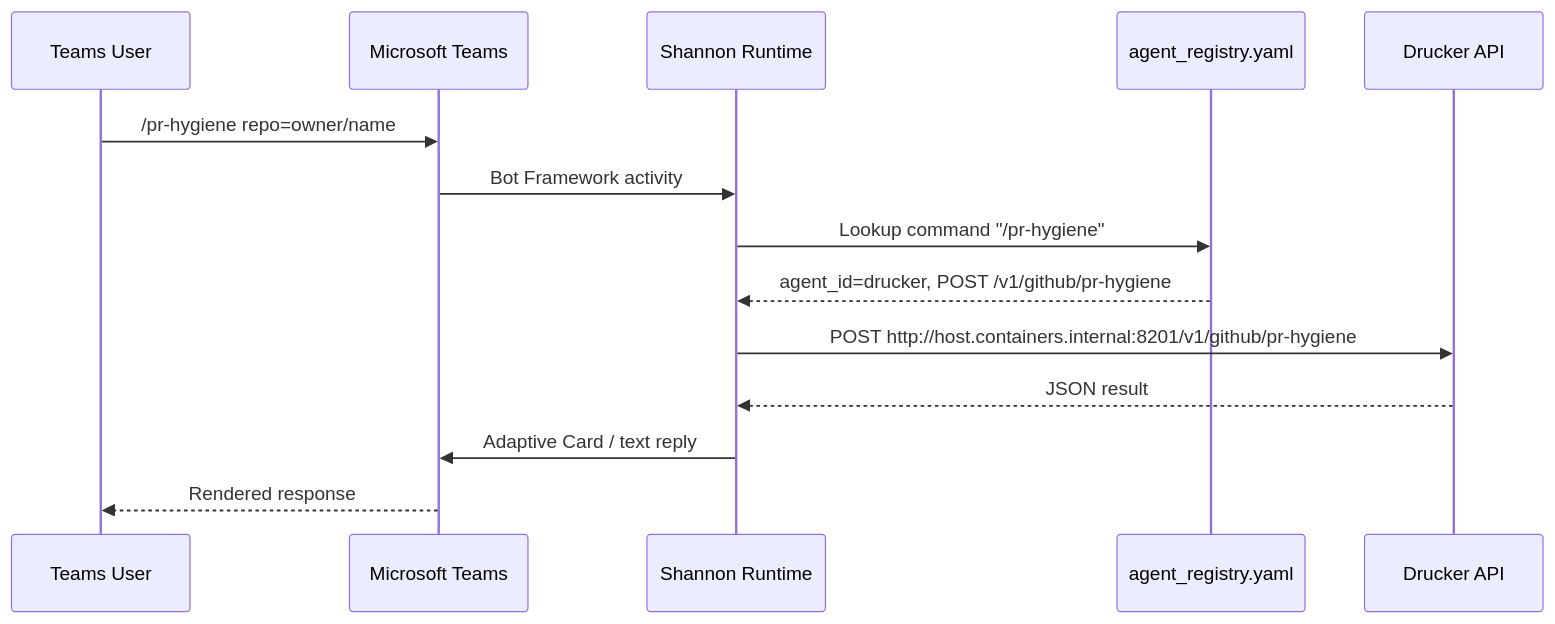
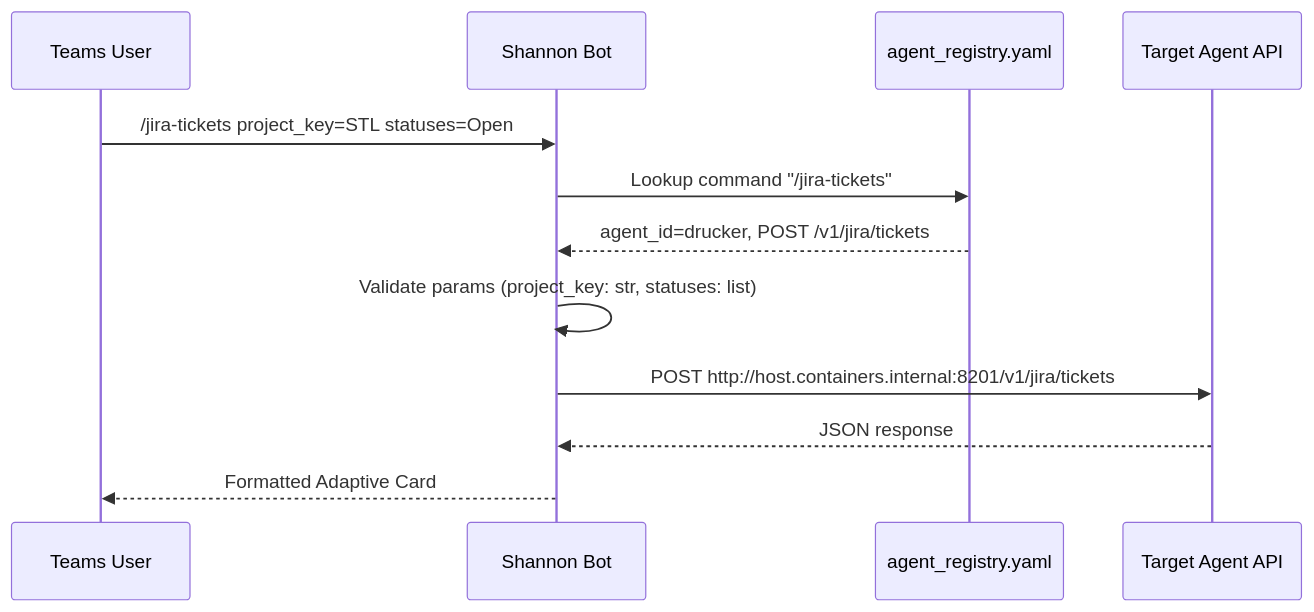
Before and after one commit to jmac-cornelis/agent-workforce: the second of 4 diagrams in docs/config-shannon.md, drawn with Mermaid. The commit also changed other lines of this file and 7 other files, not shown here.

````diff
--- a/docs/config-shannon.md
+++ b/docs/config-shannon.md
@@ -52,17 +67,15 @@
 ```mermaid
 sequenceDiagram
     participant User as Teams User
-    participant Teams as Microsoft Teams
-    participant Shannon as Shannon Runtime
+    participant Shannon as Shannon Bot
     participant Registry as agent_registry.yaml
-    participant Drucker as Drucker API
+    participant Agent as Target Agent API
 
-    User->>Teams: /pr-hygiene repo=owner/name
-    Teams->>Shannon: Bot Framework activity
-    Shannon->>Registry: Lookup command "/pr-hygiene"
-    Registry-->>Shannon: agent_id=drucker, POST /v1/github/pr-hygiene
-    Shannon->>Drucker: POST http://host.containers.internal:8201/v1/github/pr-hygiene
-    Drucker-->>Shannon: JSON result
-    Shannon->>Teams: Adaptive Card / text reply
-    Teams-->>User: Rendered response
+    User->>Shannon: /jira-tickets project_key=STL statuses=Open
+    Shannon->>Registry: Lookup command "/jira-tickets"
+    Registry-->>Shannon: agent_id=drucker, POST /v1/jira/tickets
+    Shannon->>Shannon: Validate params (project_key: str, statuses: list)
+    Shannon->>Agent: POST http://host.containers.internal:8201/v1/jira/tickets
+    Agent-->>Shannon: JSON response
+    Shannon-->>User: Formatted Adaptive Card
 ```
````
